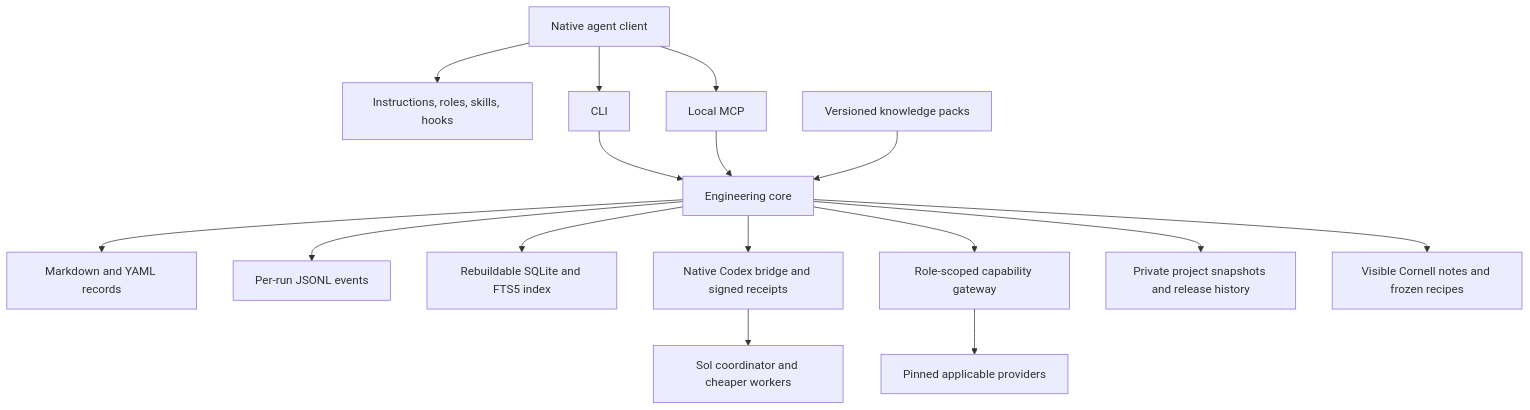
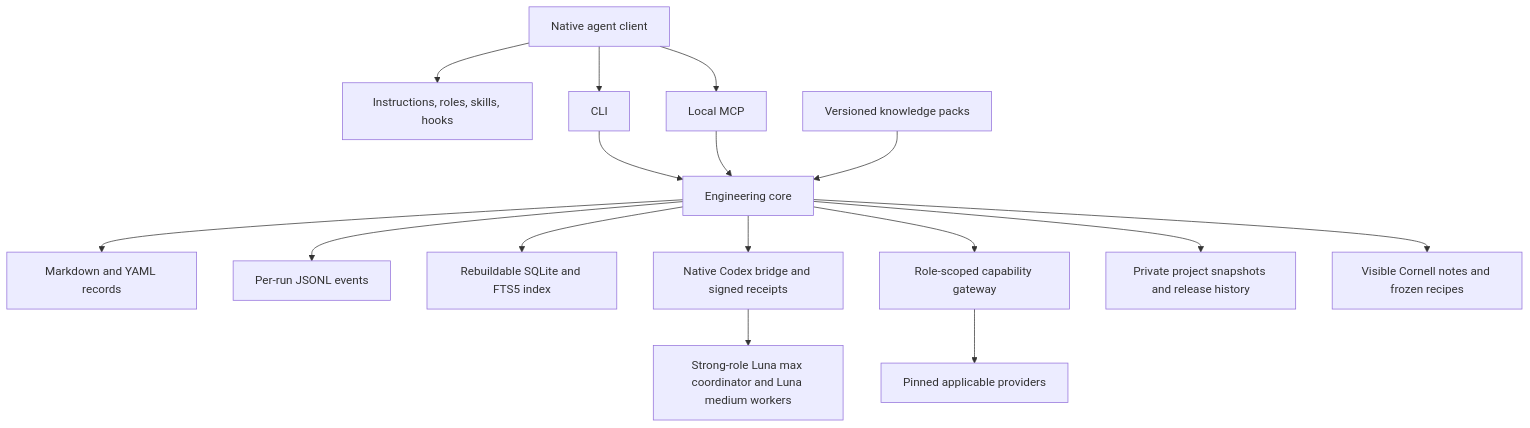
Before and after one commit to NeoTech-vietnam/NeoMindv1: the diagram in docs/architecture.md, drawn with Mermaid. The commit also changed other lines of this file and 39 other files, not shown here.

Commit message:
Use Luna max for strategic roles and safely migrate installed projects

````diff
--- a/docs/architecture.md
+++ b/docs/architecture.md
@@ -9,18 +9,18 @@
 ```mermaid
 flowchart TD
     Client[Native agent client] --> Adapter[Instructions, roles, skills, hooks]
     Client --> CLI[CLI]
     Client --> MCP[Local MCP]
     CLI --> Core[Engineering core]
     MCP --> Core
     Core --> Records[Markdown and YAML records]
     Core --> Events[Per-run JSONL events]
     Core --> Index[Rebuildable SQLite and FTS5 index]
     Packs[Versioned knowledge packs] --> Core
     Core --> Bridge[Native Codex bridge and signed receipts]
-    Bridge --> Threads[Sol coordinator and cheaper workers]
+    Bridge --> Threads[Strong-role Luna max coordinator and Luna medium workers]
     Core --> Gateway[Role-scoped capability gateway]
     Gateway --> Providers[Pinned applicable providers]
     Core --> Archive[Private project snapshots and release history]
     Core --> Notes[Visible Cornell notes and frozen recipes]
 ```
````
